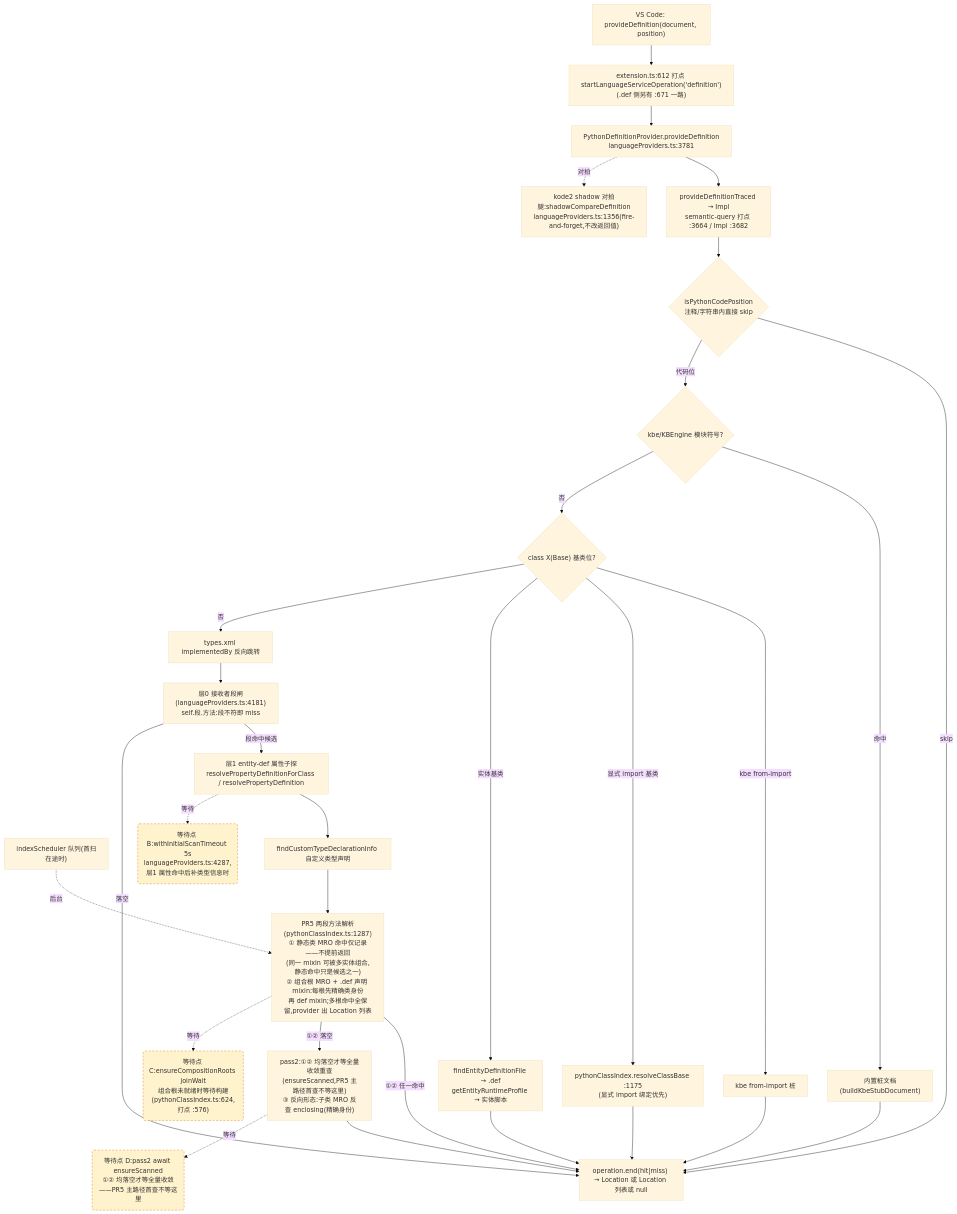
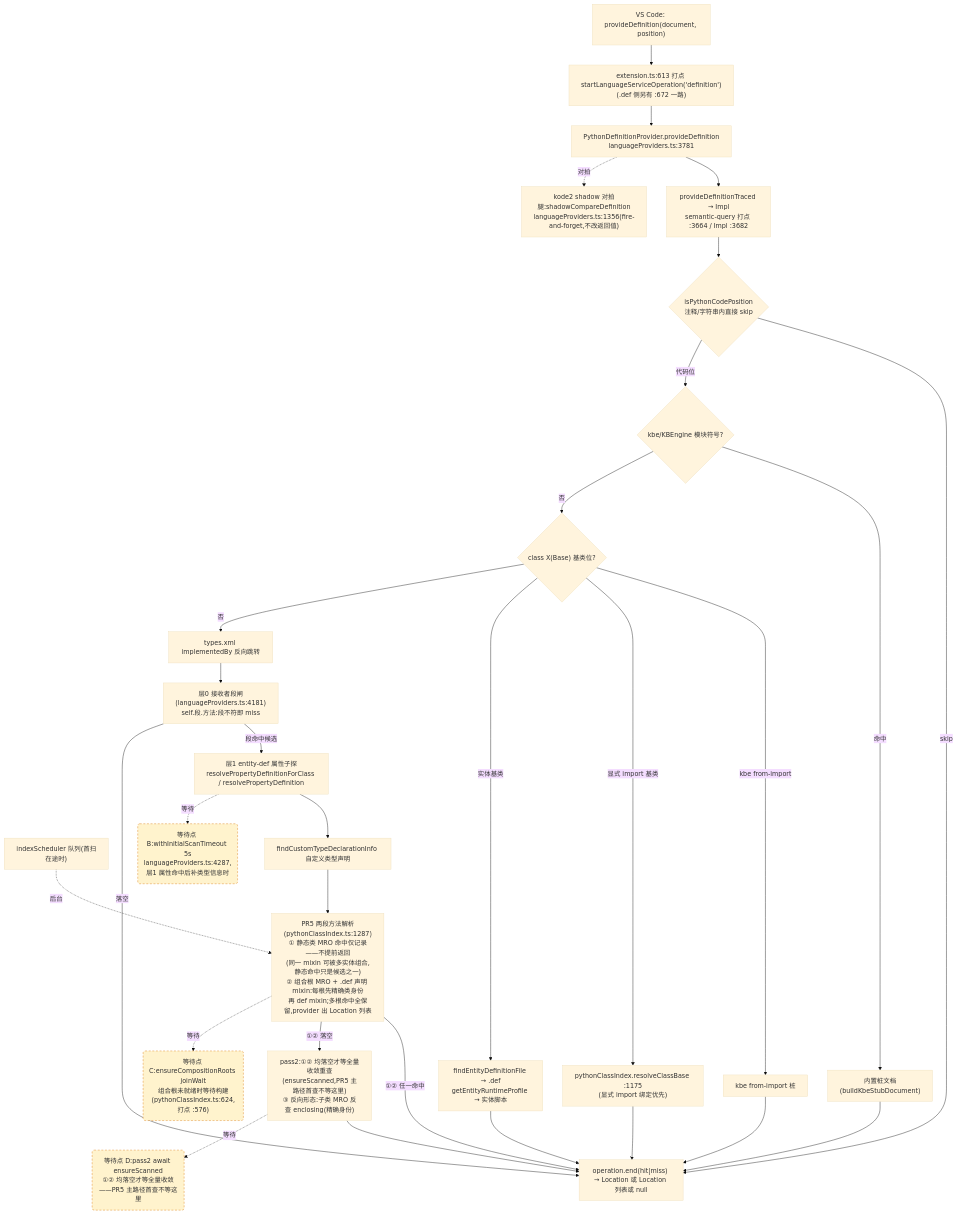
The second of 4 diagrams in docs/perf/2026-baseline.md (cuihairu/kode), drawn with Mermaid (base theme) before and after one commit. The commit also changed other lines of this file and 13 other files, not shown here.

````diff
--- a/docs/perf/2026-baseline.md
+++ b/docs/perf/2026-baseline.md
@@ -130,51 +130,51 @@
 ```mermaid
 flowchart TD
   VC2["VS Code: provideDefinition(document, position)"]
-  M2["extension.ts:612 打点 startLanguageServiceOperation('definition')<br/>(.def 侧另有 :671 一路)"]
+  M2["extension.ts:613 打点 startLanguageServiceOperation('definition')<br/>(.def 侧另有 :672 一路)"]
   AD2["PythonDefinitionProvider.provideDefinition<br/>languageProviders.ts:3781"]
   TR["provideDefinitionTraced → Impl<br/>semantic-query 打点 :3664 / Impl :3682"]
   CTX{"isPythonCodePosition<br/>注释/字符串内直接 skip"}
   KBE{"kbe/KBEngine 模块符号?"}
   STUB["内置桩文档(buildKbeStubDocument)"]
   CB{"class X(Base) 基类位?"}
   CB1["kbe from-import 桩"]
   CB2["pythonClassIndex.resolveClassBase :1175<br/>(显式 import 绑定优先)"]
   CB3["findEntityDefinitionFile → .def<br/>getEntityRuntimeProfile → 实体脚本"]
   REV["types.xml implementedBy 反向跳转"]
   L0["层0 接收者段闸(languageProviders.ts:4181)<br/>self.段.方法:段不符即 miss"]
   L1["层1 entity-def 属性子探<br/>resolvePropertyDefinitionForClass / resolvePropertyDefinition"]
   SCAN["indexScheduler 队列(首扫在途时)"]
   TY["findCustomTypeDeclarationInfo 自定义类型声明"]
   MRO["PR5 两段方法解析(pythonClassIndex.ts:1287)<br/>① 静态类 MRO 命中仅记录——不提前返回<br/>(同一 mixin 可被多实体组合,静态命中只是候选之一)<br/>② 组合根 MRO + .def 声明 mixin:每根先精确类身份<br/>再 def mixin;多根命中全保留,provider 出 Location 列表"]
   PASS2["pass2:①② 均落空才等全量收敛重查<br/>(ensureScanned,PR5 主路径首查不等这里)<br/>③ 反向形态:子类 MRO 反查 enclosing(精确身份)"]
   SHD["kode2 shadow 对拍腿:shadowCompareDefinition<br/>languageProviders.ts:1356(fire-and-forget,不改返回值)"]
   END2["operation.end(hit|miss) → Location 或 Location 列表或 null"]
 
   VC2 --> M2 --> AD2 --> TR --> CTX
   CTX -- "skip" --> END2
   CTX -- "代码位" --> KBE
   KBE -- "命中" --> STUB --> END2
   KBE -- "否" --> CB
   CB -- "kbe from-import" --> CB1 --> END2
   CB -- "显式 import 基类" --> CB2 --> END2
   CB -- "实体基类" --> CB3 --> END2
   CB -- "否" --> REV --> L0
   L0 -- "段命中候选" --> L1
   L0 -- "落空" --> END2
   L1 --> TY
   TY --> MRO
   MRO -- "①② 任一命中" --> END2
   MRO -- "①② 落空" --> PASS2 --> END2
   AD2 -.->|对拍| SHD
 
   WAITB("等待点 B:withInitialScanTimeout 5s<br/>languageProviders.ts:4287,层1 属性命中后补类型信息时")
   WAITC("等待点 C:ensureCompositionRoots joinWait<br/>组合根未就绪时等待构建(pythonClassIndex.ts:624,打点 :576)")
   WAITD("等待点 D:pass2 await ensureScanned<br/>①② 均落空才等全量收敛——PR5 主路径首查不等这里")
   L1 -.->|等待| WAITB
   MRO -.->|等待| WAITC
   PASS2 -.->|等待| WAITD
   SCAN -.->|后台| MRO
 
   classDef waitPoint fill:#fff3cd,stroke:#d97706,stroke-dasharray:5 4;
   class WAITB,WAITC,WAITD waitPoint;
 ```
````
